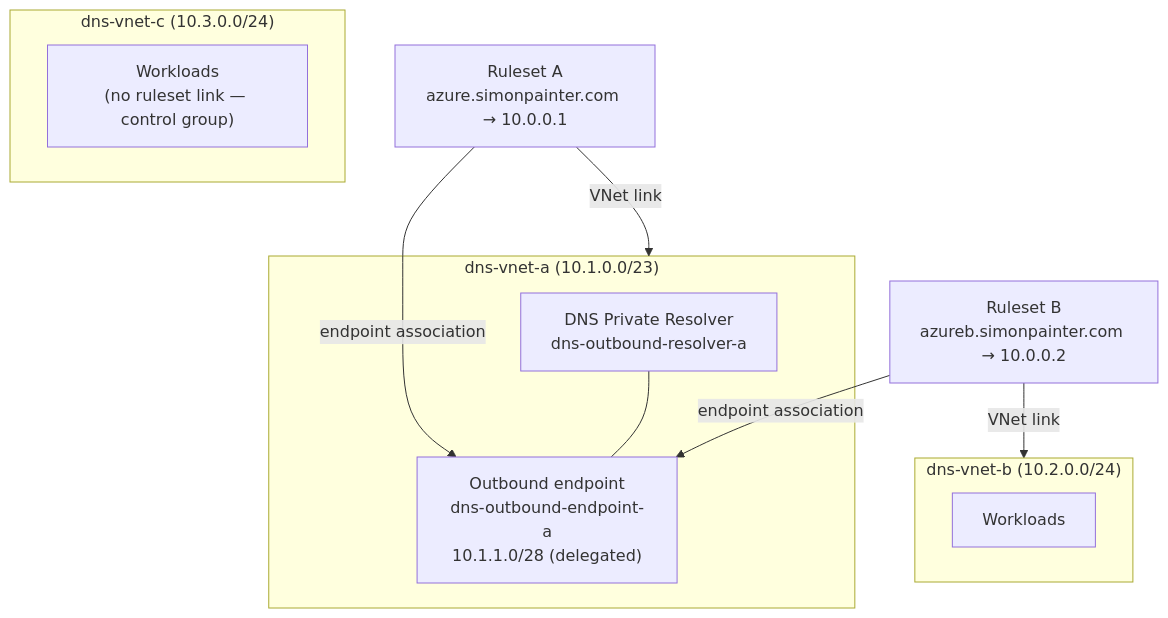
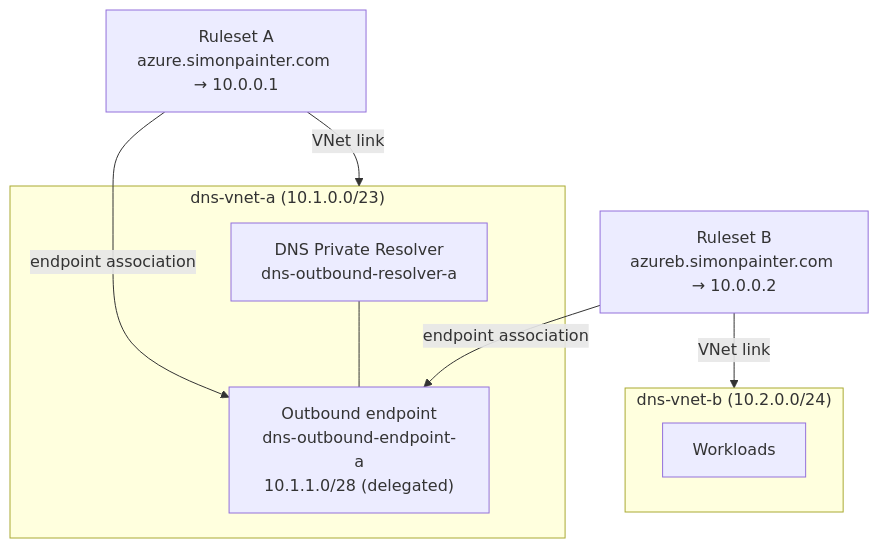
Before and after one commit to simonpainter/www.simonpainter.com: the first of 2 diagrams in blog/two-rulesets-one-outbound-endpoint.md, drawn with Mermaid. The commit also changed other lines of this file, not shown here.

````diff
--- a/blog/two-rulesets-one-outbound-endpoint.md
+++ b/blog/two-rulesets-one-outbound-endpoint.md
@@ -35,22 +35,20 @@
 ```mermaid
 graph TB
     subgraph vnet-a["dns-vnet-a (10.1.0.0/23)"]
         resolver["DNS Private Resolver<br/>dns-outbound-resolver-a"]
         oep["Outbound endpoint<br/>dns-outbound-endpoint-a<br/>10.1.1.0/28 (delegated)"]
     end
     subgraph vnet-b["dns-vnet-b (10.2.0.0/24)"]
         vmb["Workloads"]
     end
-    subgraph vnet-c["dns-vnet-c (10.3.0.0/24)"]
-        vmc["Workloads<br/>(no ruleset link — control group)"]
-    end
+
 
     rsA["Ruleset A<br/>azure.simonpainter.com → 10.0.0.1"]
     rsB["Ruleset B<br/>azureb.simonpainter.com → 10.0.0.2"]
 
     rsA -- "VNet link" --> vnet-a
     rsB -- "VNet link" --> vnet-b
     rsA -- "endpoint association" --> oep
     rsB -- "endpoint association" --> oep
     resolver --- oep
 ```
````
